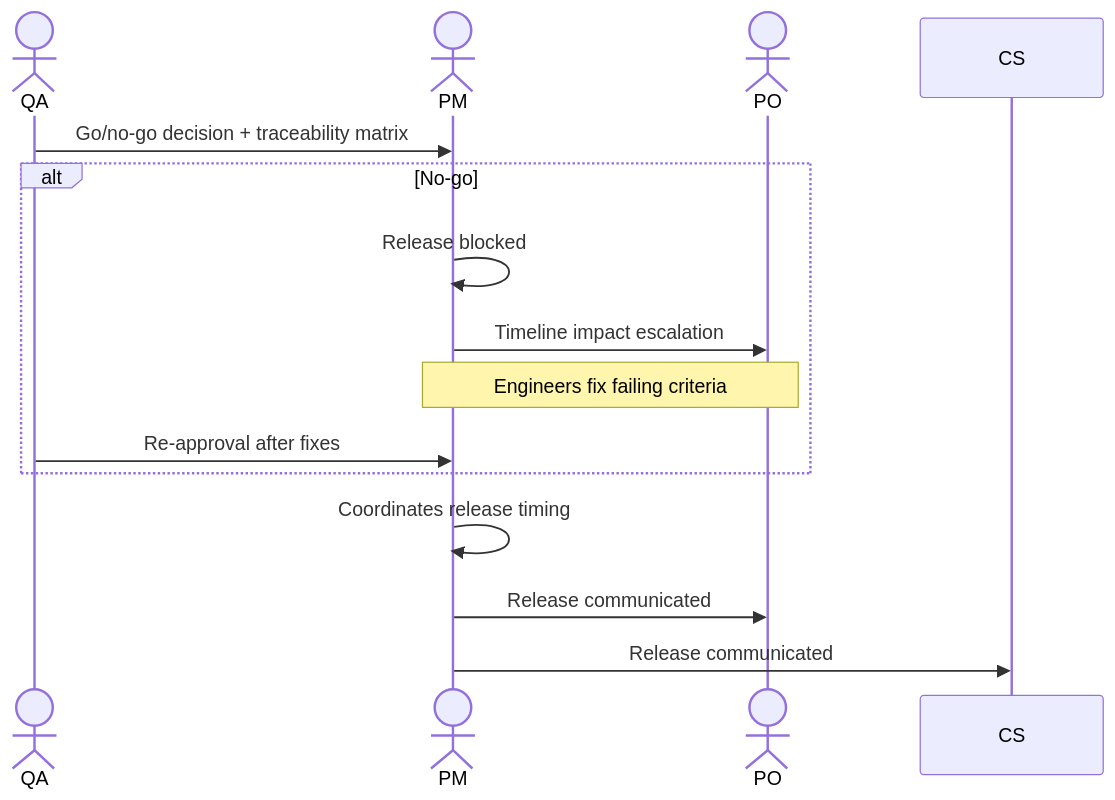
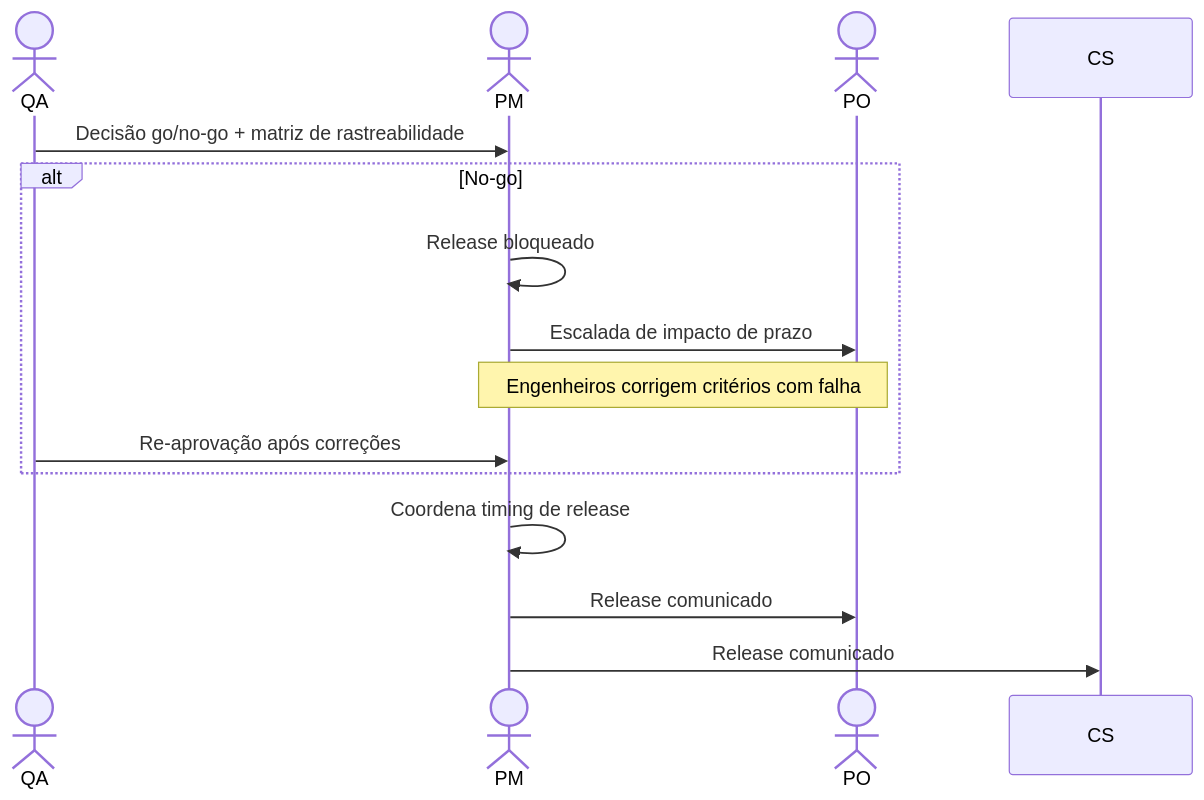
Before and after one commit to hugo-hsbtech/teamwork-process: the diagram in interactions/12-qa-to-pm.md, drawn with Mermaid. The commit also changed other lines of this file and 64 other files, not shown here.

````diff
--- a/interactions/12-qa-to-pm.md
+++ b/interactions/12-qa-to-pm.md
@@ -61,19 +61,19 @@
 ```mermaid
 sequenceDiagram
     actor QA as QA
     actor PM as PM
     actor PO as PO
 
-    QA->>PM: Go/no-go decision + traceability matrix
+    QA->>PM: Decisão go/no-go + matriz de rastreabilidade
 
     alt No-go
-        PM->>PM: Release blocked
-        PM->>PO: Timeline impact escalation
-        Note over PM,PO: Engineers fix failing criteria
-        QA->>PM: Re-approval after fixes
+        PM->>PM: Release bloqueado
+        PM->>PO: Escalada de impacto de prazo
+        Note over PM,PO: Engenheiros corrigem critérios com falha
+        QA->>PM: Re-aprovação após correções
     end
 
-    PM->>PM: Coordinates release timing
-    PM->>PO: Release communicated
-    PM->>CS: Release communicated
+    PM->>PM: Coordena timing de release
+    PM->>PO: Release comunicado
+    PM->>CS: Release comunicado
 ```
````
